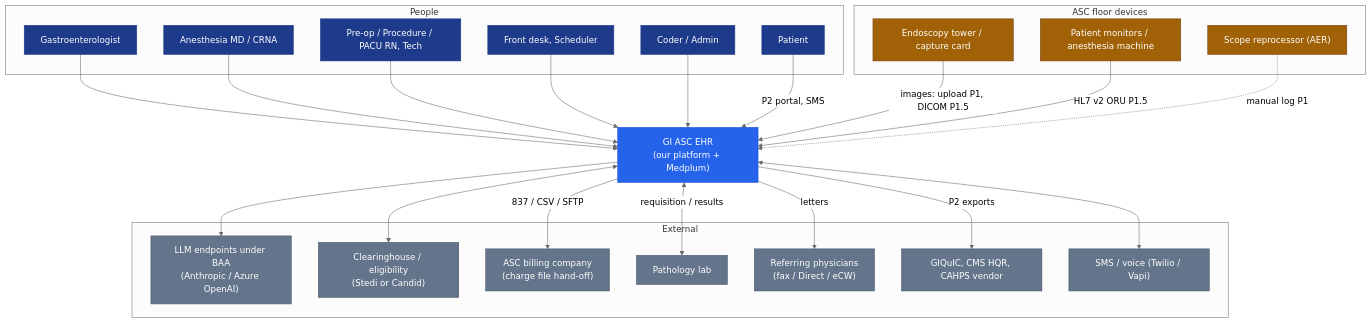
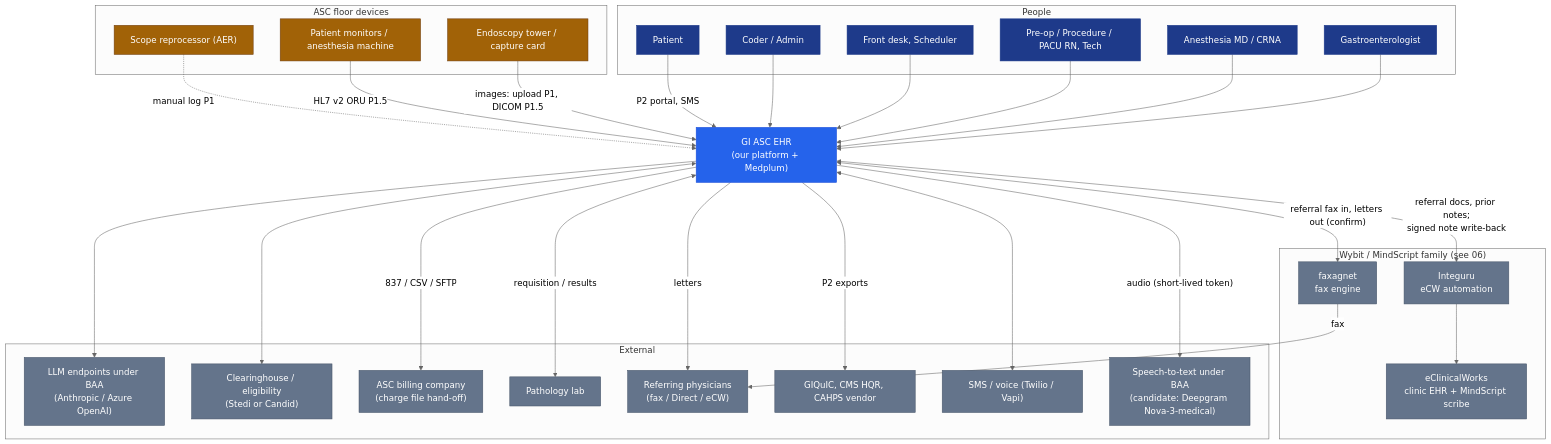
Before and after one commit to imRahul05/ASC-EHR: the first of 6 diagrams in docs/product/03-target-architecture.md, drawn with Mermaid (neutral theme). The commit also changed other lines of this file and 9 other files, not shown here.

First line of the commit message:
docs(product): reconcile plan with MindScript dev-team overview and add wiring guide

````diff
--- a/docs/product/03-target-architecture.md
+++ b/docs/product/03-target-architecture.md
@@ -7,47 +7,58 @@
 ```mermaid
 flowchart TB
     classDef person fill:#1e3a8a,color:#fff,stroke:#1e3a8a
     classDef ours fill:#2563eb,color:#fff,stroke:#1d4ed8
     classDef ext fill:#64748b,color:#fff,stroke:#475569
     classDef dev fill:#a16207,color:#fff,stroke:#713f12
 
     subgraph People
         Doc["Gastroenterologist"]:::person
         Anes["Anesthesia MD / CRNA"]:::person
         RN["Pre-op / Procedure / PACU RN, Tech"]:::person
         Front["Front desk, Scheduler"]:::person
         Coder["Coder / Admin"]:::person
         Pt["Patient"]:::person
     end
 
     EHR["GI ASC EHR<br/>(our platform + Medplum)"]:::ours
 
     subgraph ASC_Floor ["ASC floor devices"]
         Tower["Endoscopy tower / capture card"]:::dev
         Monitor["Patient monitors / anesthesia machine"]:::dev
         AER["Scope reprocessor (AER)"]:::dev
     end
 
     subgraph External
         LLM["LLM endpoints under BAA<br/>(Anthropic / Azure OpenAI)"]:::ext
         Clear["Clearinghouse / eligibility<br/>(Stedi or Candid)"]:::ext
         Biller["ASC billing company<br/>(charge file hand-off)"]:::ext
         Lab["Pathology lab"]:::ext
         Ref["Referring physicians<br/>(fax / Direct / eCW)"]:::ext
         Reg["GIQuIC, CMS HQR, CAHPS vendor"]:::ext
         SMS["SMS / voice (Twilio / Vapi)"]:::ext
+        STT["Speech-to-text under BAA<br/>(candidate: Deepgram Nova-3-medical)"]:::ext
+    end
+
+    subgraph Wybit ["Wybit / MindScript family (see 06)"]
+        FAXAG["faxagnet<br/>fax engine"]:::ext
+        ING["Integuru<br/>eCW automation"]:::ext
+        ECW["eClinicalWorks<br/>clinic EHR + MindScript scribe"]:::ext
     end
 
     Doc & Anes & RN & Front & Coder --> EHR
     Pt -->|P2 portal, SMS| EHR
     Tower -->|images: upload P1, DICOM P1.5| EHR
     Monitor -->|HL7 v2 ORU P1.5| EHR
     AER -.->|manual log P1| EHR
     EHR --> LLM
     EHR <--> Clear
     EHR -->|837 / CSV / SFTP| Biller
     EHR <-->|requisition / results| Lab
     EHR -->|letters| Ref
+    EHR <-->|"referral fax in, letters out (confirm)"| FAXAG
+    FAXAG -->|fax| Ref
+    EHR <-->|"referral docs, prior notes;<br/>signed note write-back"| ING --> ECW
+    EHR -->|"audio (short-lived token)"| STT
     EHR -->|P2 exports| Reg
     EHR <--> SMS
 ```
````
